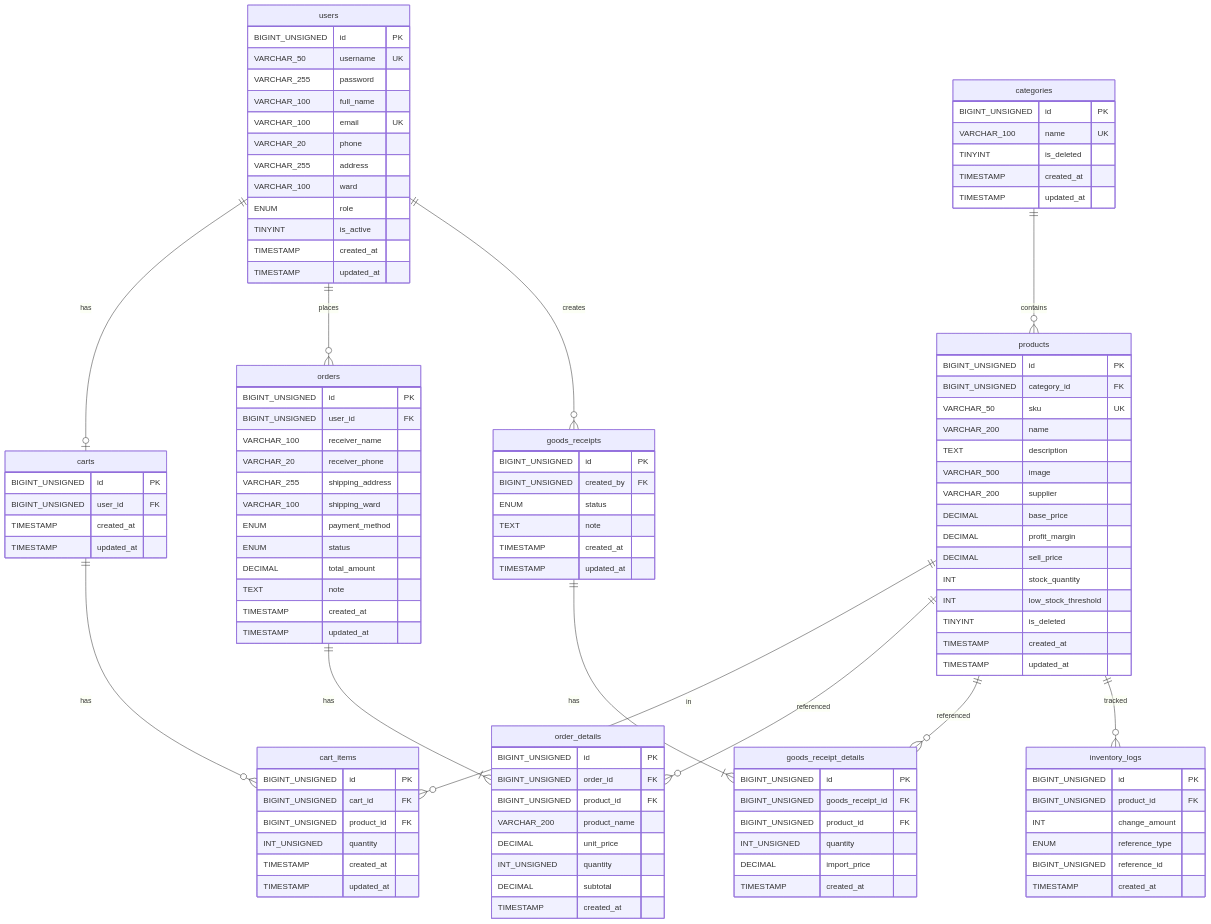
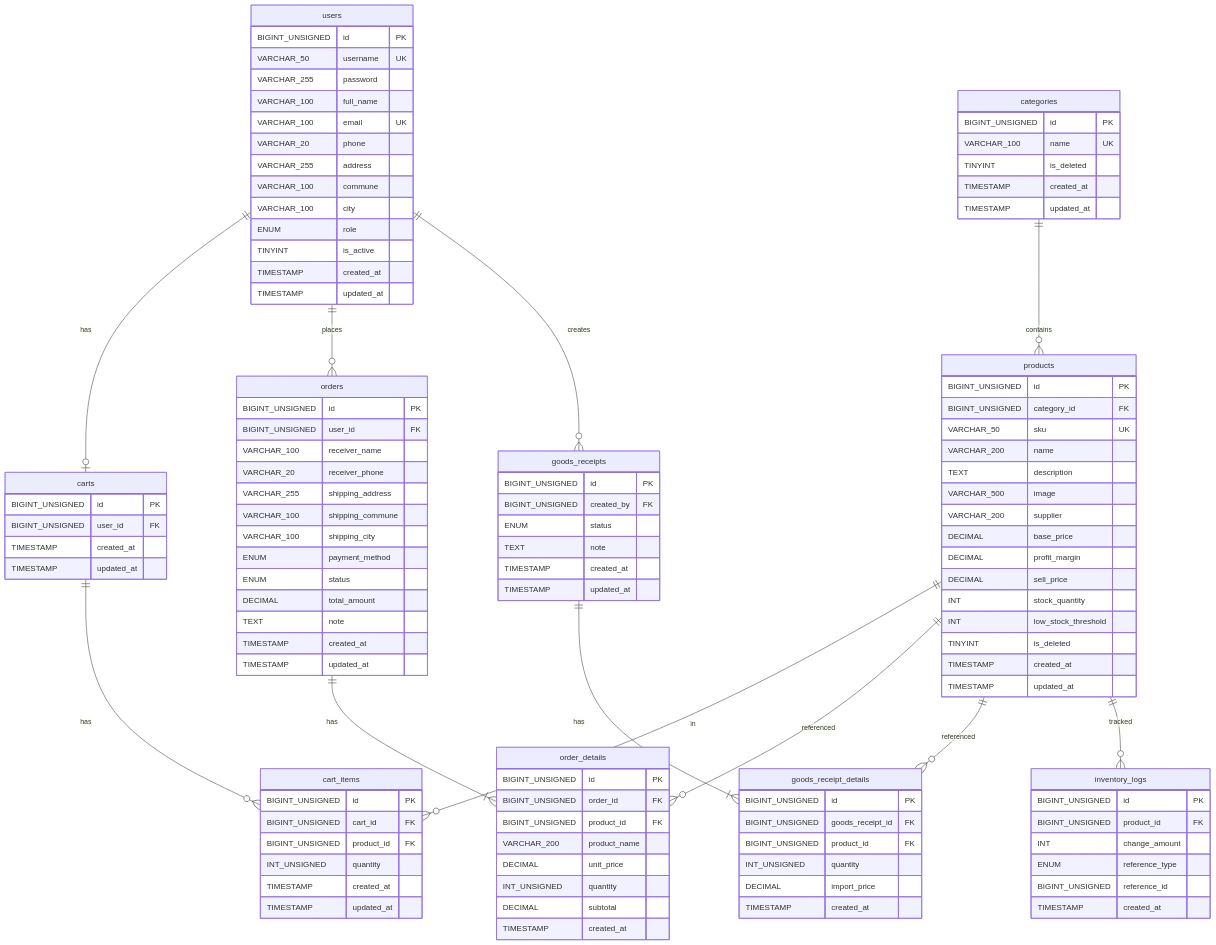
One commit to YiTang-159/ideal-octo-memory changed the second of 2 diagrams in docs/db-design.md. Above: the diagram before and after it, drawn with Mermaid. The commit also changed other lines of this file and 2 other files, not shown here.

```diff
--- a/docs/db-design.md
+++ b/docs/db-design.md
@@ -312,7 +317,8 @@
         VARCHAR_100 email UK
         VARCHAR_20 phone
         VARCHAR_255 address
-        VARCHAR_100 ward
+        VARCHAR_100 commune
+        VARCHAR_100 city
         ENUM role
         TINYINT is_active
         TIMESTAMP created_at
@@ -368,7 +374,8 @@
         VARCHAR_100 receiver_name
         VARCHAR_20 receiver_phone
         VARCHAR_255 shipping_address
-        VARCHAR_100 shipping_ward
+        VARCHAR_100 shipping_commune
+        VARCHAR_100 shipping_city
         ENUM payment_method
         ENUM status
         DECIMAL total_amount
```
